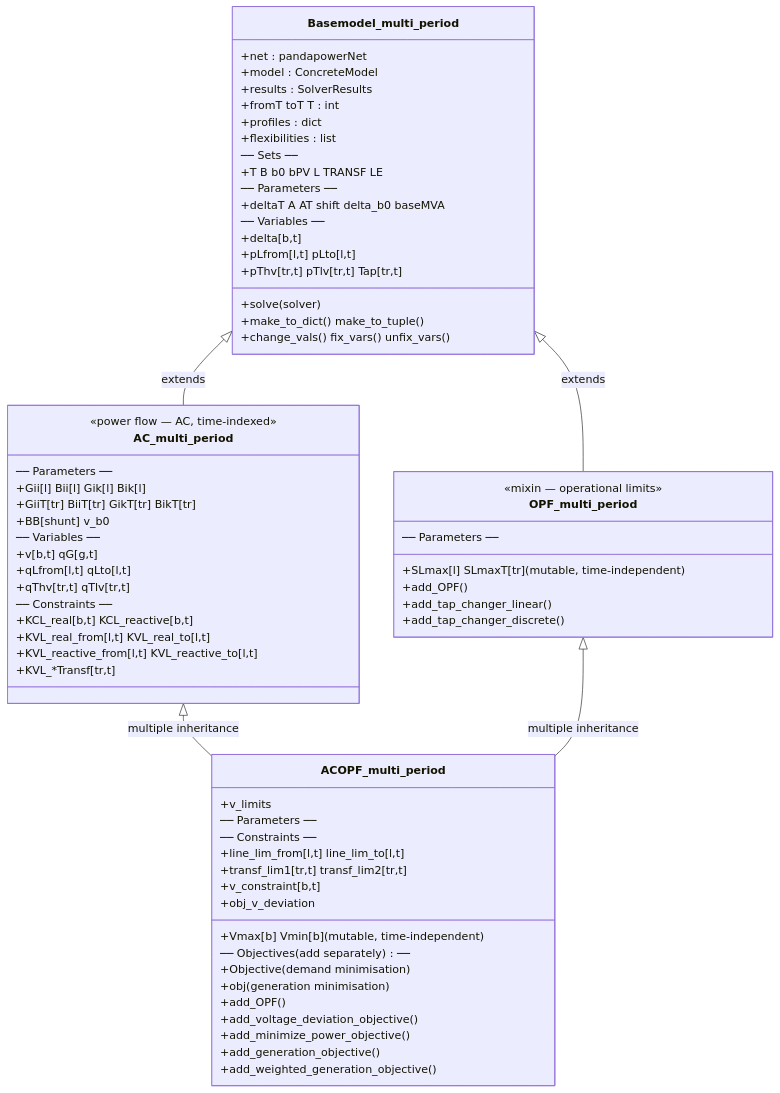
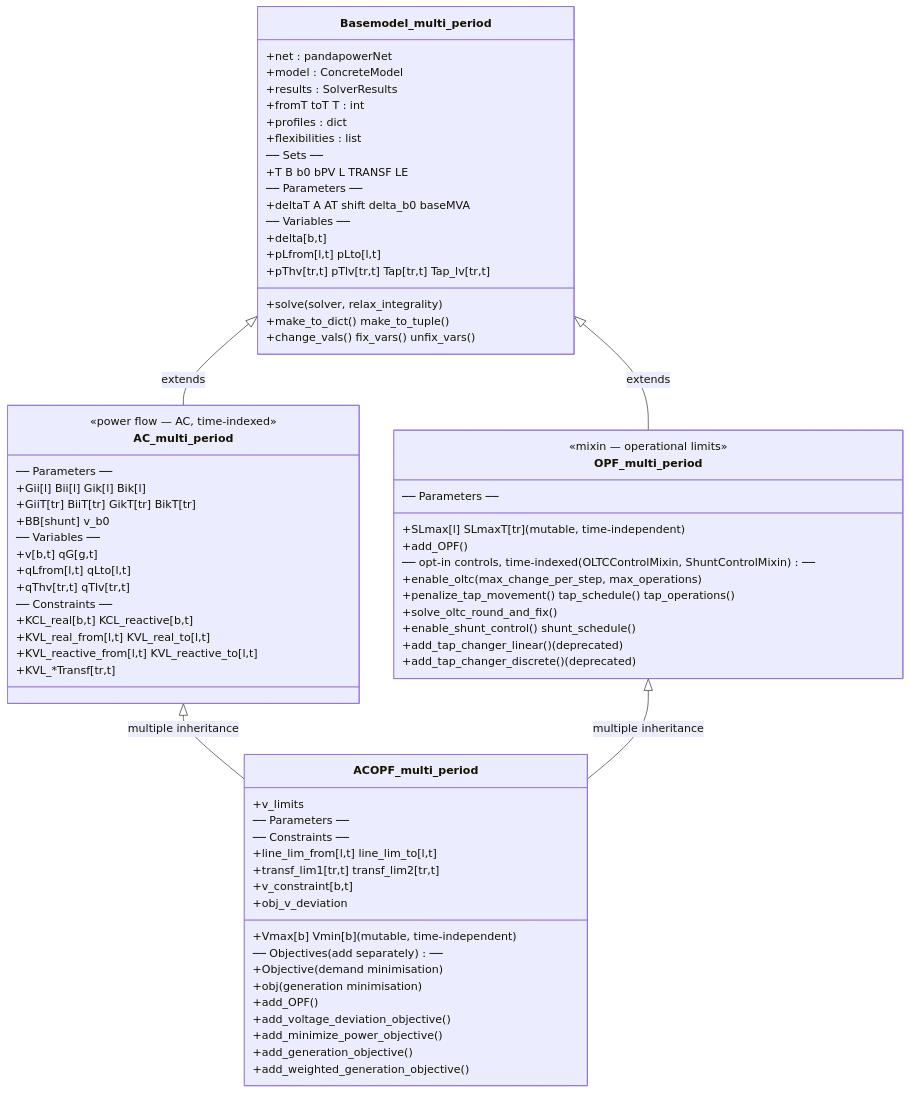
Before and after one commit to RWTH-IAEW/opf-potpourri: the second of 3 diagrams in docs/architecture.md, drawn with Mermaid. The commit also changed other lines of this file and 14 other files, not shown here.

````diff
--- a/docs/architecture.md
+++ b/docs/architecture.md
@@ -191,74 +199,79 @@
 ```mermaid
 classDiagram
     direction TB
 
     class Basemodel_multi_period {
         +net : pandapowerNet
         +model : ConcreteModel
         +results : SolverResults
         +fromT  toT  T : int
         +profiles : dict
         +flexibilities : list
         ── Sets ──
         +T  B  b0  bPV  L  TRANSF  LE
         ── Parameters ──
         +deltaT  A  AT  shift  delta_b0  baseMVA
         ── Variables ──
         +delta[b,t]
         +pLfrom[l,t]  pLto[l,t]
-        +pThv[tr,t]   pTlv[tr,t]  Tap[tr,t]
-        +solve(solver)
+        +pThv[tr,t]   pTlv[tr,t]  Tap[tr,t]  Tap_lv[tr,t]
+        +solve(solver, relax_integrality)
         +make_to_dict()  make_to_tuple()
         +change_vals()  fix_vars()  unfix_vars()
     }
 
     class AC_multi_period {
         <<power flow — AC, time-indexed>>
         ── Parameters ──
         +Gii[l]  Bii[l]  Gik[l]  Bik[l]
         +GiiT[tr]  BiiT[tr]  GikT[tr]  BikT[tr]
         +BB[shunt]  v_b0
         ── Variables ──
         +v[b,t]  qG[g,t]
         +qLfrom[l,t]  qLto[l,t]
         +qThv[tr,t]   qTlv[tr,t]
         ── Constraints ──
         +KCL_real[b,t]  KCL_reactive[b,t]
         +KVL_real_from[l,t]  KVL_real_to[l,t]
         +KVL_reactive_from[l,t]  KVL_reactive_to[l,t]
         +KVL_*Transf[tr,t]
     }
 
     class OPF_multi_period {
         <<mixin — operational limits>>
         ── Parameters ──
         +SLmax[l]  SLmaxT[tr]  (mutable, time-independent)
         +add_OPF()
-        +add_tap_changer_linear()
-        +add_tap_changer_discrete()
+        ── opt-in controls, time-indexed (OLTCControlMixin, ShuntControlMixin) ──
+        +enable_oltc(max_change_per_step, max_operations)
+        +penalize_tap_movement()  tap_schedule()  tap_operations()
+        +solve_oltc_round_and_fix()
+        +enable_shunt_control()  shunt_schedule()
+        +add_tap_changer_linear()  (deprecated)
+        +add_tap_changer_discrete()  (deprecated)
     }
 
     class ACOPF_multi_period {
         +v_limits
         ── Parameters ──
         +Vmax[b]  Vmin[b]  (mutable, time-independent)
         ── Constraints ──
         +line_lim_from[l,t]  line_lim_to[l,t]
         +transf_lim1[tr,t]   transf_lim2[tr,t]
         +v_constraint[b,t]
         ── Objectives (add separately) ──
         +obj_v_deviation
         +Objective (demand minimisation)
         +obj  (generation minimisation)
         +add_OPF()
         +add_voltage_deviation_objective()
         +add_minimize_power_objective()
         +add_generation_objective()
         +add_weighted_generation_objective()
     }
 
     Basemodel_multi_period <|-- AC_multi_period  : extends
     Basemodel_multi_period <|-- OPF_multi_period : extends
     AC_multi_period  <|-- ACOPF_multi_period : multiple inheritance
     OPF_multi_period <|-- ACOPF_multi_period : multiple inheritance
 ```
````
